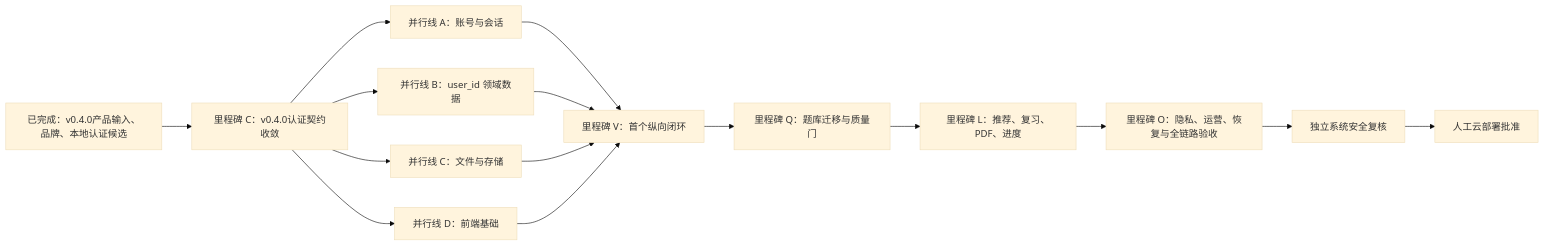
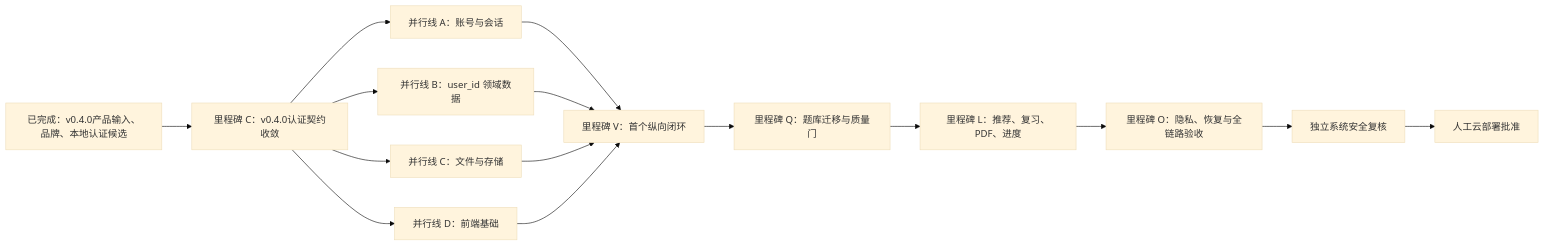
Before and after one commit to chjesu/math-error-notebook-web: the diagram in docs/11-REMAINING-FUNCTION-WBS.md, drawn with Mermaid (base theme). The commit also changed other lines of this file and 12 other files, not shown here.

````diff
--- a/docs/11-REMAINING-FUNCTION-WBS.md
+++ b/docs/11-REMAINING-FUNCTION-WBS.md
@@ -57,17 +57,17 @@
 ```mermaid
 flowchart LR
     BASE[已完成：v0.4.0产品输入、品牌、本地认证候选] --> C[里程碑 C：v0.4.0认证契约收敛]
     C --> A[并行线 A：账号与会话]
     C --> D[并行线 B：user_id 领域数据]
     C --> F[并行线 C：文件与存储]
     C --> UI[并行线 D：前端基础]
     A --> V[里程碑 V：首个纵向闭环]
     D --> V
     F --> V
     UI --> V
     V --> Q[里程碑 Q：题库迁移与质量门]
     Q --> L[里程碑 L：推荐、复习、PDF、进度]
-    L --> O[里程碑 O：隐私、运营、恢复与全链路验收]
+    L --> O[里程碑 O：隐私、恢复与全链路验收]
     O --> S[独立系统安全复核]
     S --> H[人工云部署批准]
 ```
````
